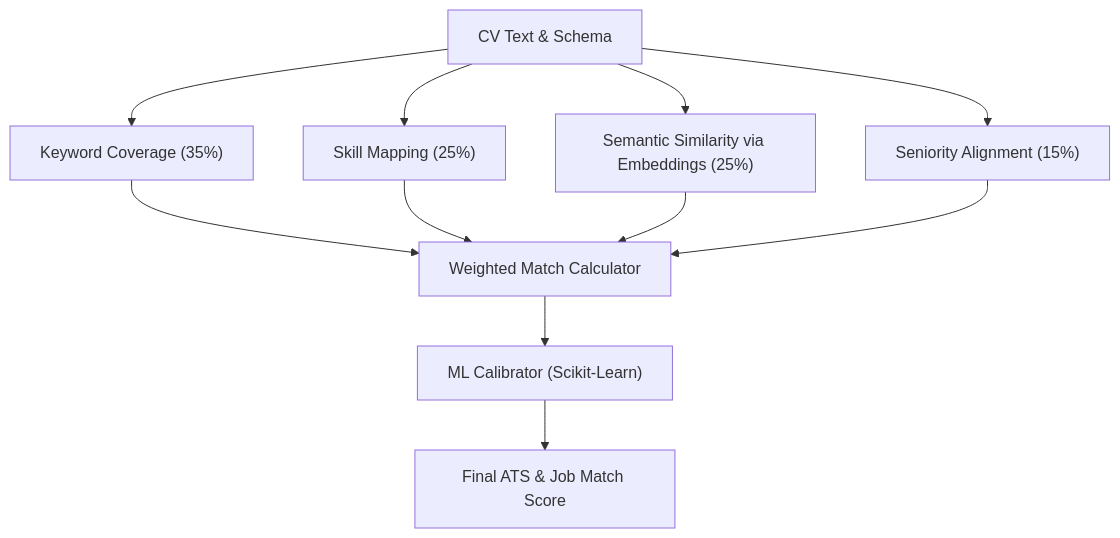
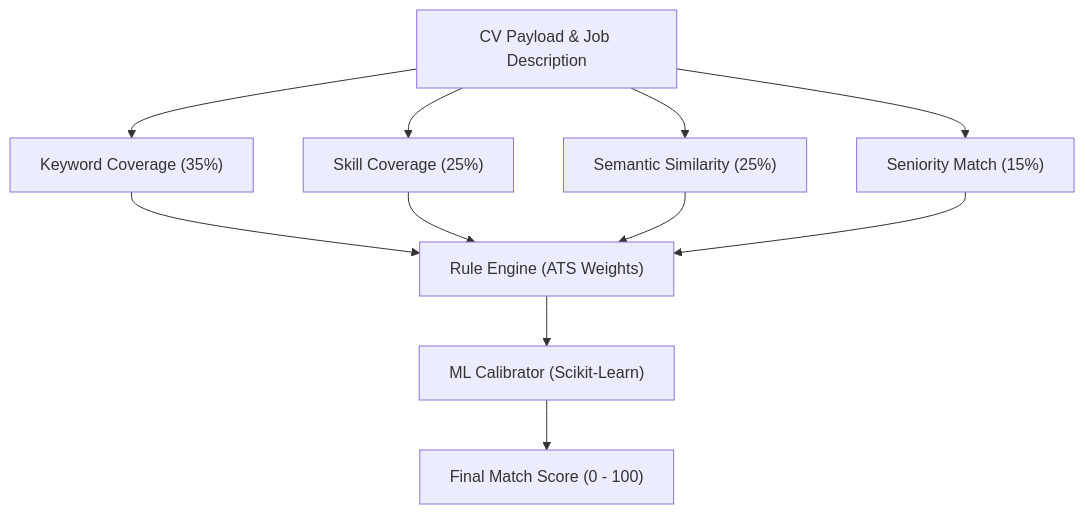
One commit to SercanOzkan55/CV-Analyzer changed the third of 5 diagrams in README.md. Above: the diagram before and after it, drawn with Mermaid. The commit also changed other lines of this file, not shown here.

````diff
--- a/README.md
+++ b/README.md
@@ -103,15 +92,15 @@
 ```mermaid
 flowchart TD
-  cv["CV Text & Schema"] --> keywords["Keyword Coverage (35%)"]
-  cv --> skills["Skill Mapping (25%)"]
-  cv --> semantic["Semantic Similarity via Embeddings (25%)"]
-  cv --> seniority["Seniority Alignment (15%)"]
+  input["CV Payload & Job Description"] --> kw["Keyword Coverage (35%)"]
+  input --> skill["Skill Coverage (25%)"]
+  input --> sem["Semantic Similarity (25%)"]
+  input --> sen["Seniority Match (15%)"]
 
-  keywords --> rule_calc["Weighted Match Calculator"]
-  skills --> rule_calc
-  semantic --> rule_calc
-  seniority --> rule_calc
+  kw --> rules["Rule Engine (ATS Weights)"]
+  skill --> rules
+  sem --> rules
+  sen --> rules
 
-  rule_calc --> ml_blend["ML Calibrator (Scikit-Learn)"]
-  ml_blend --> final_score["Final ATS & Job Match Score"]
+  rules --> blend["ML Calibrator (Scikit-Learn)"]
+  blend --> final["Final Match Score (0 - 100)"]
 ```
````
